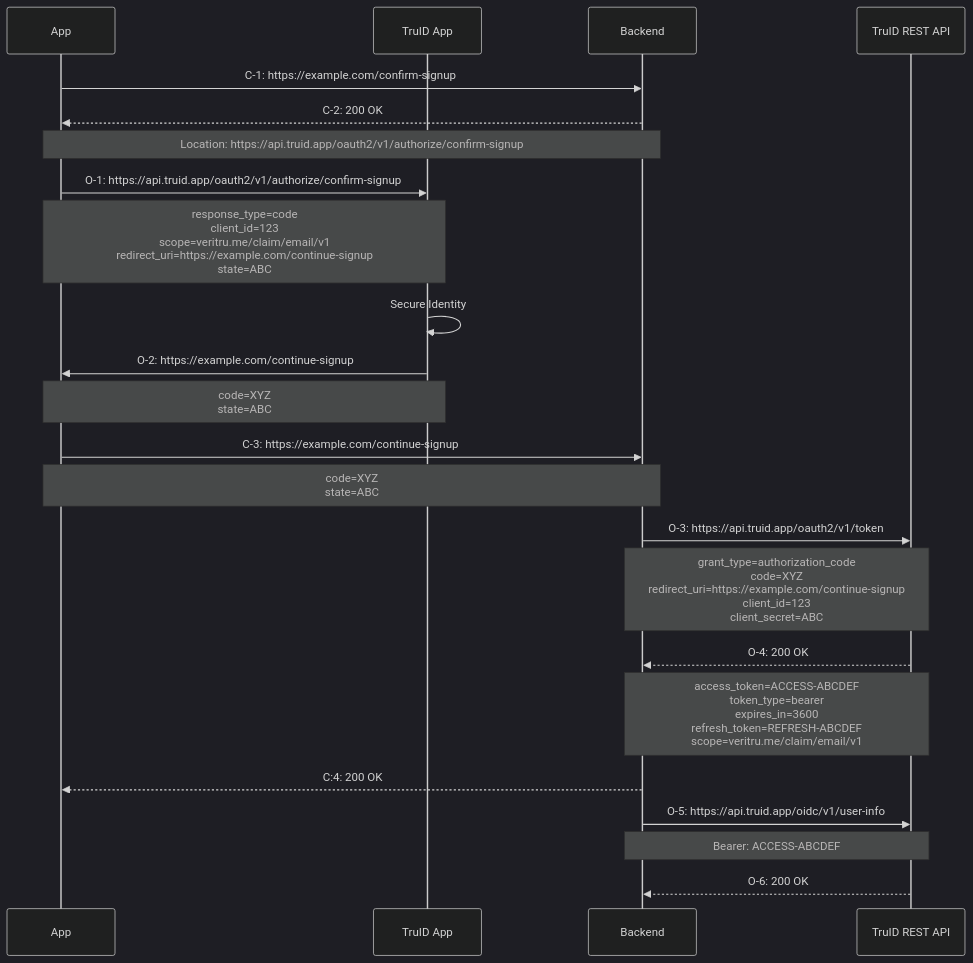
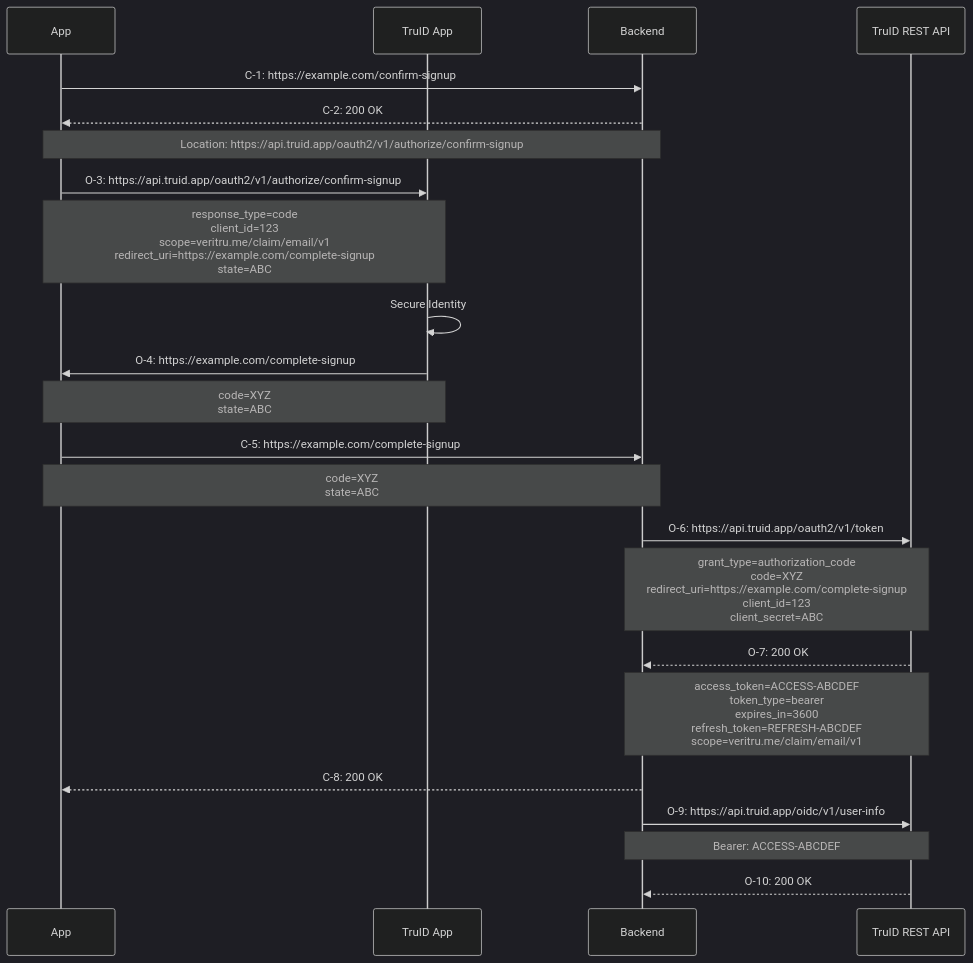
The diagram in docs/oauth2/app-with-backend.md (truid-app/client-integration), drawn with Mermaid (dark theme) before and after one commit. The commit also changed other lines of this file, not shown here.

````diff
--- a/docs/oauth2/app-with-backend.md
+++ b/docs/oauth2/app-with-backend.md
@@ -25,36 +25,36 @@
 ```mermaid
 sequenceDiagram
 
   participant APP as App
   participant TID as TruID App
   participant BE as Backend
   participant API as TruID REST API
 
   APP ->> BE: C-1: https://example.com/confirm-signup
 
   BE -->> APP: C-2: 200 OK
   note over APP,BE: Location: https://api.truid.app/oauth2/v1/authorize/confirm-signup
 
-  APP ->> TID: O-1: https://api.truid.app/oauth2/v1/authorize/confirm-signup
-  note over APP,TID: response_type=code<br/>client_id=123<br/>scope=veritru.me/claim/email/v1<br/>redirect_uri=https://example.com/continue-signup<br/>state=ABC
+  APP ->> TID: O-3: https://api.truid.app/oauth2/v1/authorize/confirm-signup
+  note over APP,TID: response_type=code<br/>client_id=123<br/>scope=veritru.me/claim/email/v1<br/>redirect_uri=https://example.com/complete-signup<br/>state=ABC
 
   TID ->> TID: Secure Identity
 
-  TID ->> APP: O-2: https://example.com/continue-signup
+  TID ->> APP: O-4: https://example.com/complete-signup
   note over TID,APP: code=XYZ<br/>state=ABC
 
-  APP ->> BE: C-3: https://example.com/continue-signup
+  APP ->> BE: C-5: https://example.com/complete-signup
   note over APP,BE: code=XYZ<br/>state=ABC
 
-  BE ->> API: O-3: https://api.truid.app/oauth2/v1/token
-  note over BE,API: grant_type=authorization_code<br/>code=XYZ<br/>redirect_uri=https://example.com/continue-signup<br/>client_id=123<br/>client_secret=ABC
+  BE ->> API: O-6: https://api.truid.app/oauth2/v1/token
+  note over BE,API: grant_type=authorization_code<br/>code=XYZ<br/>redirect_uri=https://example.com/complete-signup<br/>client_id=123<br/>client_secret=ABC
 
-  API -->> BE: O-4: 200 OK
+  API -->> BE: O-7: 200 OK
   note over API,BE: access_token=ACCESS-ABCDEF<br/>token_type=bearer<br/>expires_in=3600<br/>refresh_token=REFRESH-ABCDEF<br/>scope=veritru.me/claim/email/v1
 
-  BE -->> APP: C:4: 200 OK
+  BE -->> APP: C-8: 200 OK
 
-  BE ->> API: O-5: https://api.truid.app/oidc/v1/user-info
+  BE ->> API: O-9: https://api.truid.app/oidc/v1/user-info
   note over BE,API: Bearer: ACCESS-ABCDEF
-  API -->> BE: O-6: 200 OK
+  API -->> BE: O-10: 200 OK
 ```
````
